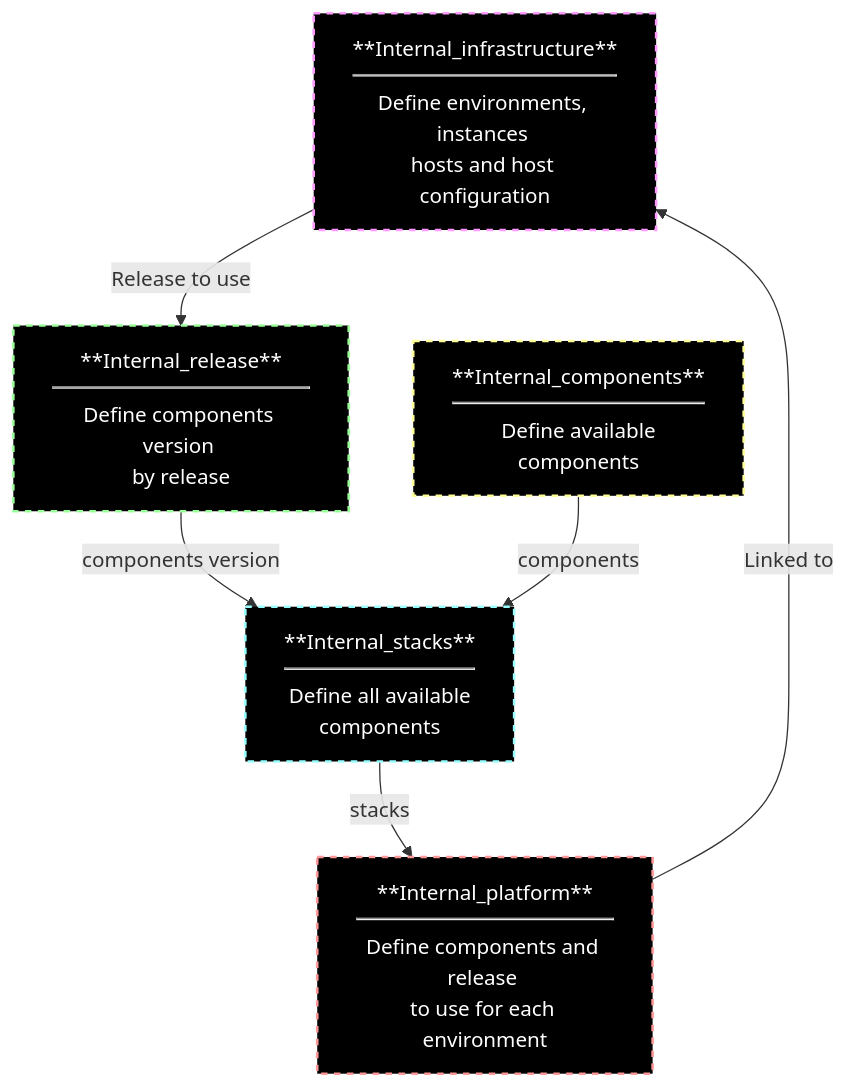
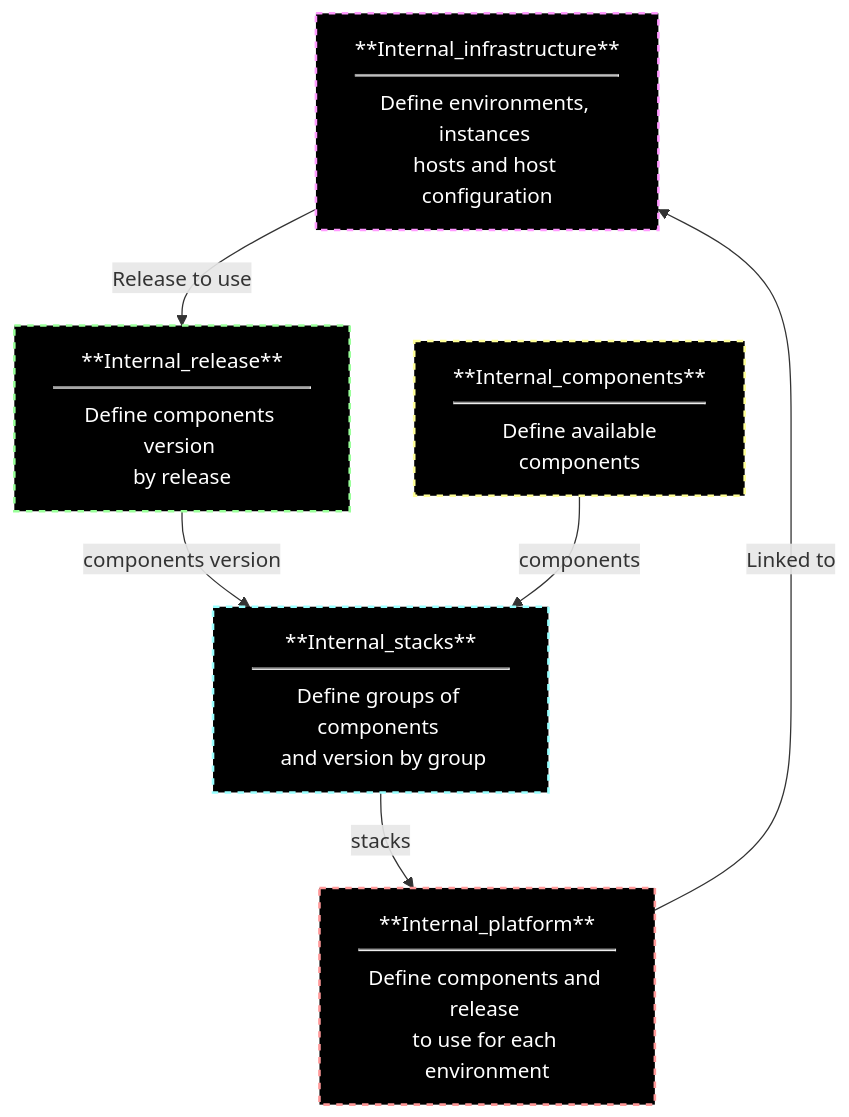
One commit to SavaiRavikiran/Monitoring_With_Prometheus-Grafana changed the fourth of 27 diagrams in Markdown1.md. Above: the diagram before and after it, drawn with Mermaid.

````diff
--- a/Markdown1.md
+++ b/Markdown1.md
@@ -44,14 +44,14 @@
 ```mermaid
 graph TD
   style A fill:#000,stroke:#f9f,stroke-width:2px,stroke-dasharray: 5, 5,color:#fff
   style B fill:#000,stroke:#9f9,stroke-width:2px,stroke-dasharray: 5, 5,color:#fff
   style C fill:#000,stroke:#ff9,stroke-width:2px,stroke-dasharray: 5, 5,color:#fff
   style D fill:#000,stroke:#9ff,stroke-width:2px,stroke-dasharray: 5, 5,color:#fff
   style E fill:#000,stroke:#f99,stroke-width:2px,stroke-dasharray: 5, 5,color:#fff
   
   A["**Internal_infrastructure**<br/><hr style='margin-top: 8px; margin-bottom: 8px;'/>Define environments, instances <br/>hosts and host configuration"] -->|Release to use| B["**Internal_release**<br/><hr style='margin-top: 8px; margin-bottom: 8px;'/>Define components version <br/>by release"]
-  B -->|components version | D["**Internal_stacks**<br/><hr style='margin-top: 8px; margin-bottom: 8px;'/>Define all available <br/>components"]
+  B -->|components version | D["**Internal_stacks**<br/><hr style='margin-top: 8px; margin-bottom: 8px;'/>Define groups of components <br/> and version by group"]
   D -->|stacks | E["**Internal_platform**<br/><hr style='margin-top: 8px; margin-bottom: 8px;'/>Define components and release <br/>to use for each environment"]
   E -->|Linked to| A
   C["**Internal_components**<br/><hr style='margin-top: 8px; margin-bottom: 8px;'/>Define available<br/> components"] -->|components| D
 ```
````
